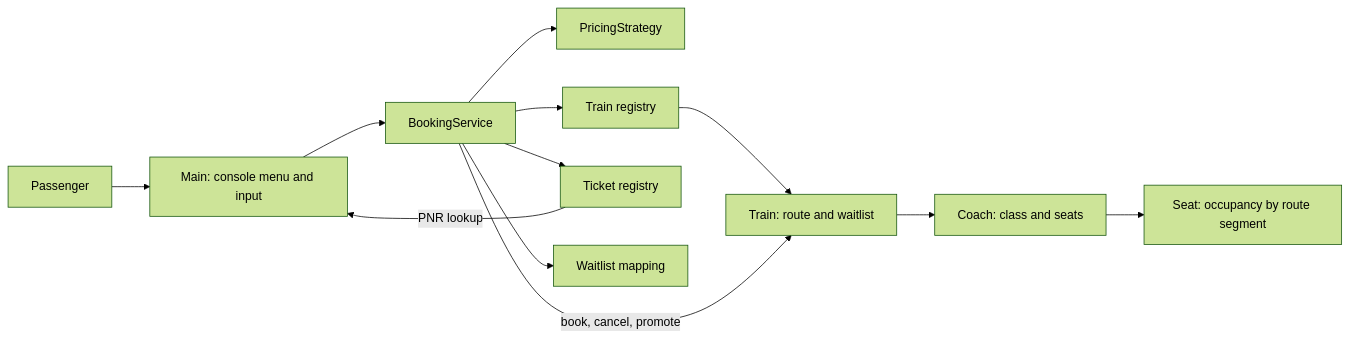
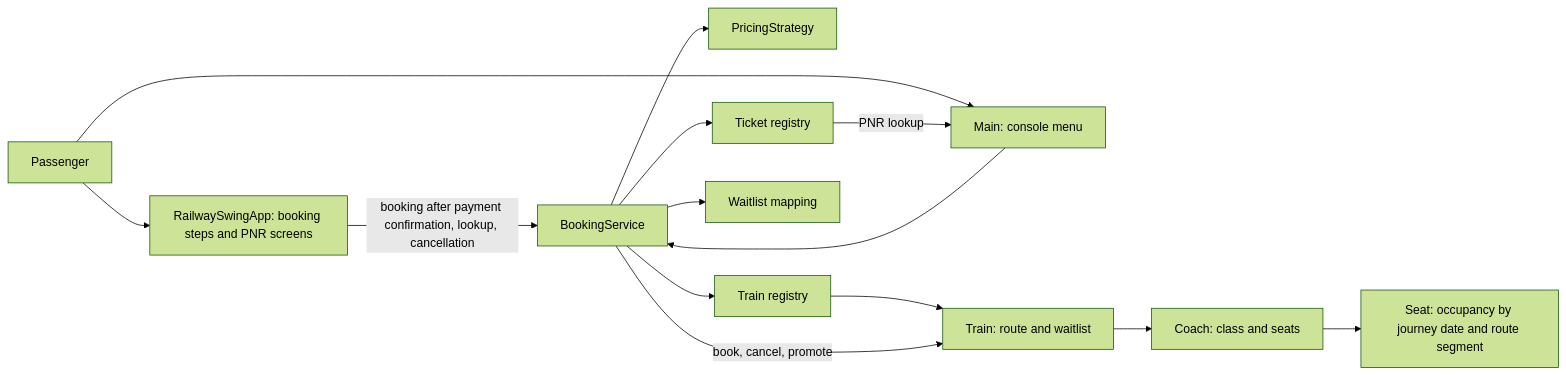
One commit to Kai-0411/RAILWAY-TICKET-MANAGEMENT-SYSTEM changed the third of 3 diagrams in README.md. Above: the diagram before and after it, drawn with Mermaid (forest theme). The commit also changed other lines of this file, not shown here.

Commit message:
Document Swing booking and refund flow

````diff
--- a/README.md
+++ b/README.md
@@ -83,14 +95,16 @@
 ```mermaid
 flowchart LR
-    U[Passenger] --> CLI[Main: console menu and input]
-    CLI --> BS[BookingService]
+    U[Passenger] --> SW[RailwaySwingApp: booking steps and PNR screens]
+    U --> CLI[Main: console menu]
+    SW -->|booking after payment confirmation, lookup, cancellation| BS[BookingService]
+    CLI --> BS
     BS --> PR[PricingStrategy]
     BS --> TR[Train registry]
     BS --> TKR[Ticket registry]
     BS --> WL[Waitlist mapping]
     TR --> T[Train: route and waitlist]
     T --> C[Coach: class and seats]
-    C --> S[Seat: occupancy by route segment]
+    C --> S[Seat: occupancy by journey date and route segment]
     BS -->|book, cancel, promote| T
     TKR -->|PNR lookup| CLI
 ```
````
